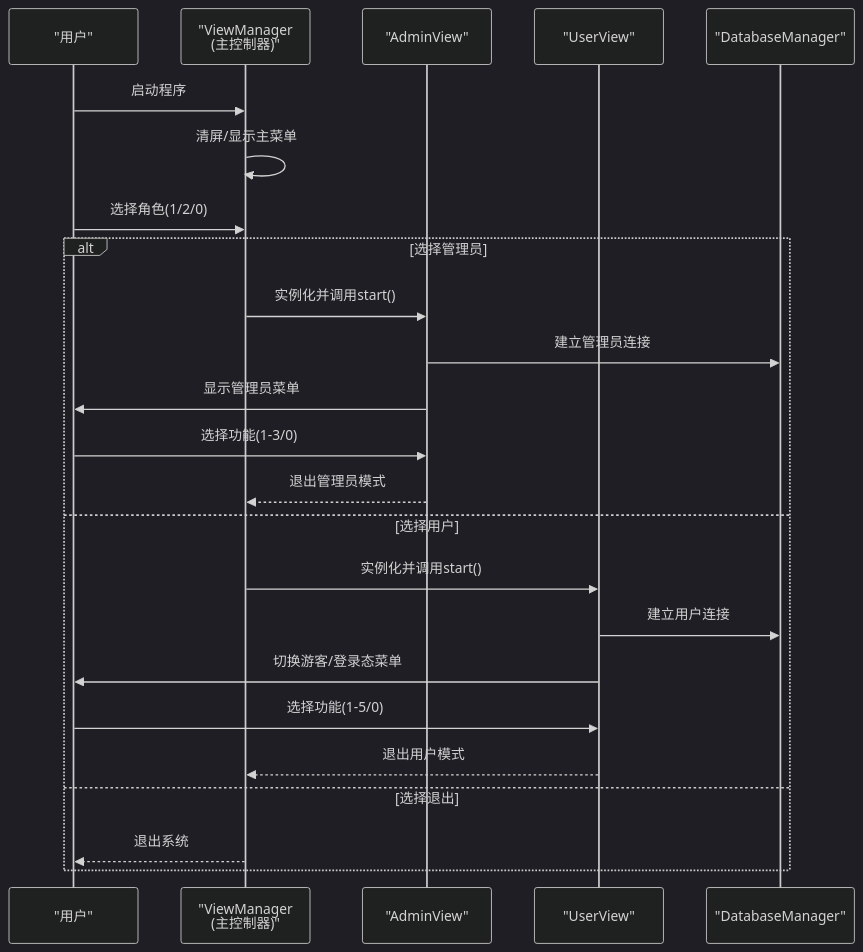
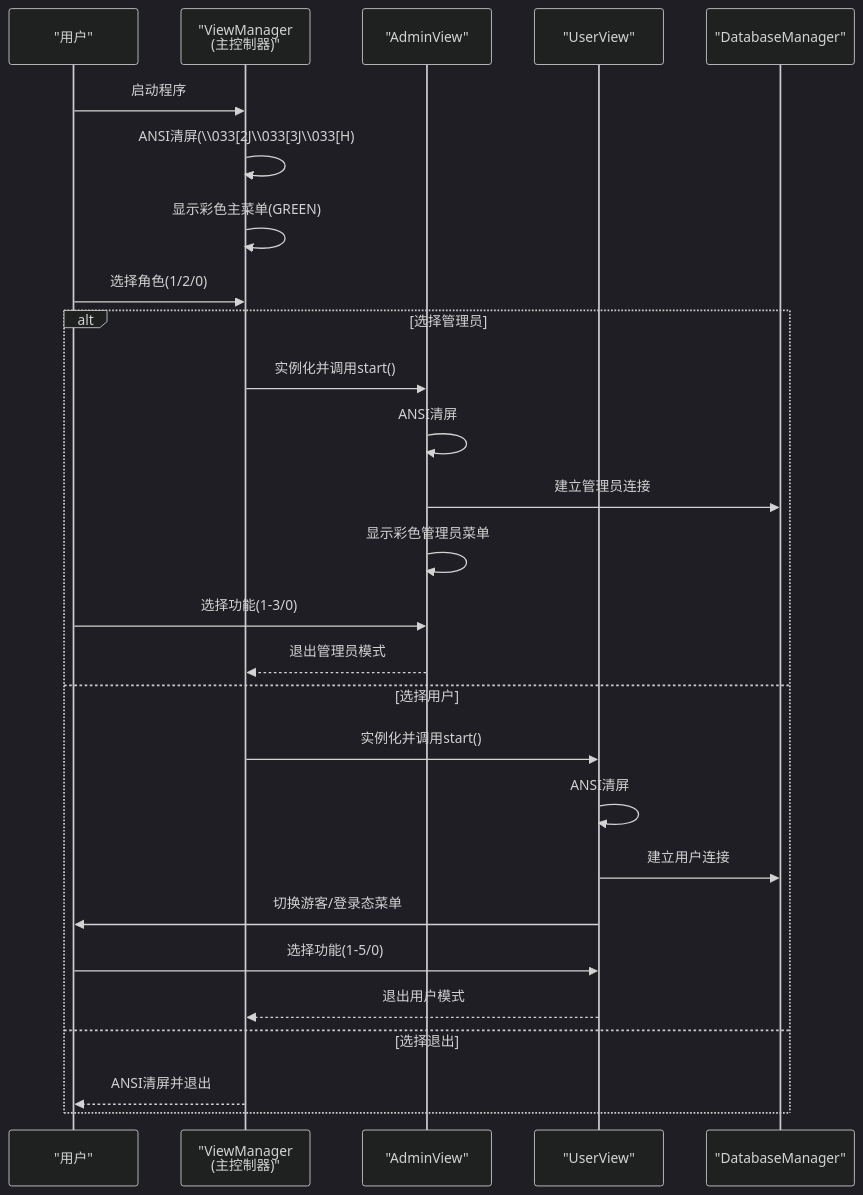
One commit to jinpeng900/OJ-Test changed the second of 7 diagrams in .qoder/repowiki/zh/content/系统架构设计/视图管理层设计.md. Above: the diagram before and after it, drawn with Mermaid (dark theme). The commit also changed other lines of this file and 5 other files, not shown here.

````diff
--- a/.qoder/repowiki/zh/content/系统架构设计/视图管理层设计.md
+++ b/.qoder/repowiki/zh/content/系统架构设计/视图管理层设计.md
@@ -106,26 +127,29 @@
 ```mermaid
 sequenceDiagram
 participant U as "用户"
 participant M as "ViewManager<br/>(主控制器)"
 participant A as "AdminView"
 participant Uv as "UserView"
 participant D as "DatabaseManager"
 U->>M : 启动程序
-M->>M : 清屏/显示主菜单
+M->>M : ANSI清屏(\\033[2J\\033[3J\\033[H)
+M->>M : 显示彩色主菜单(GREEN)
 U->>M : 选择角色(1/2/0)
 alt 选择管理员
 M->>A : 实例化并调用start()
+A->>A : ANSI清屏
 A->>D : 建立管理员连接
-A->>U : 显示管理员菜单
+A->>A : 显示彩色管理员菜单
 U->>A : 选择功能(1-3/0)
 A-->>M : 退出管理员模式
 else 选择用户
 M->>Uv : 实例化并调用start()
+Uv->>Uv : ANSI清屏
 Uv->>D : 建立用户连接
 Uv->>U : 切换游客/登录态菜单
 U->>Uv : 选择功能(1-5/0)
 Uv-->>M : 退出用户模式
 else 选择退出
-M-->>U : 退出系统
+M-->>U : ANSI清屏并退出
 end
 ```
````
